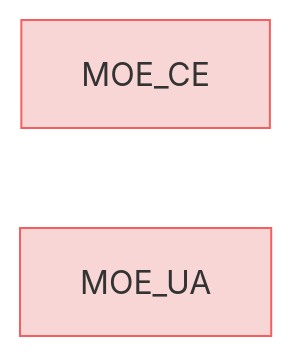
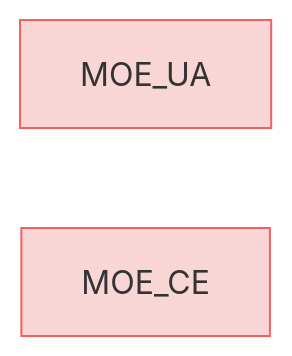
One commit to reqvire-org/reqvire changed the diagram in specifications/MOEs.md. Above: the diagram before and after it, drawn with Mermaid. The commit also changed other lines of this file and 19 other files, not shown here.

````diff
--- a/specifications/MOEs.md
+++ b/specifications/MOEs.md
@@ -4,15 +4,15 @@
 ```mermaid
 graph LR;
   %% Graph styling
   classDef requirement fill:#f9d6d6,stroke:#f55f5f,stroke-width:1px;
   classDef verification fill:#d6f9d6,stroke:#5fd75f,stroke-width:1px;
   classDef externalLink fill:#d0e0ff,stroke:#3080ff,stroke-width:1px;
   classDef default fill:#f5f5f5,stroke:#333333,stroke-width:1px;
 
+  f6237e49f7["MOE_UA"];
+  click f6237e49f7 "MOEs.md#moe_ua";
+  class f6237e49f7 requirement;
   b3f57e49f7["MOE_CE"];
   click b3f57e49f7 "MOEs.md#moe_ce";
   class b3f57e49f7 requirement;
-  f6237e49f7["MOE_UA"];
-  click f6237e49f7 "MOEs.md#moe_ua";
-  class f6237e49f7 requirement;
 ```
````
